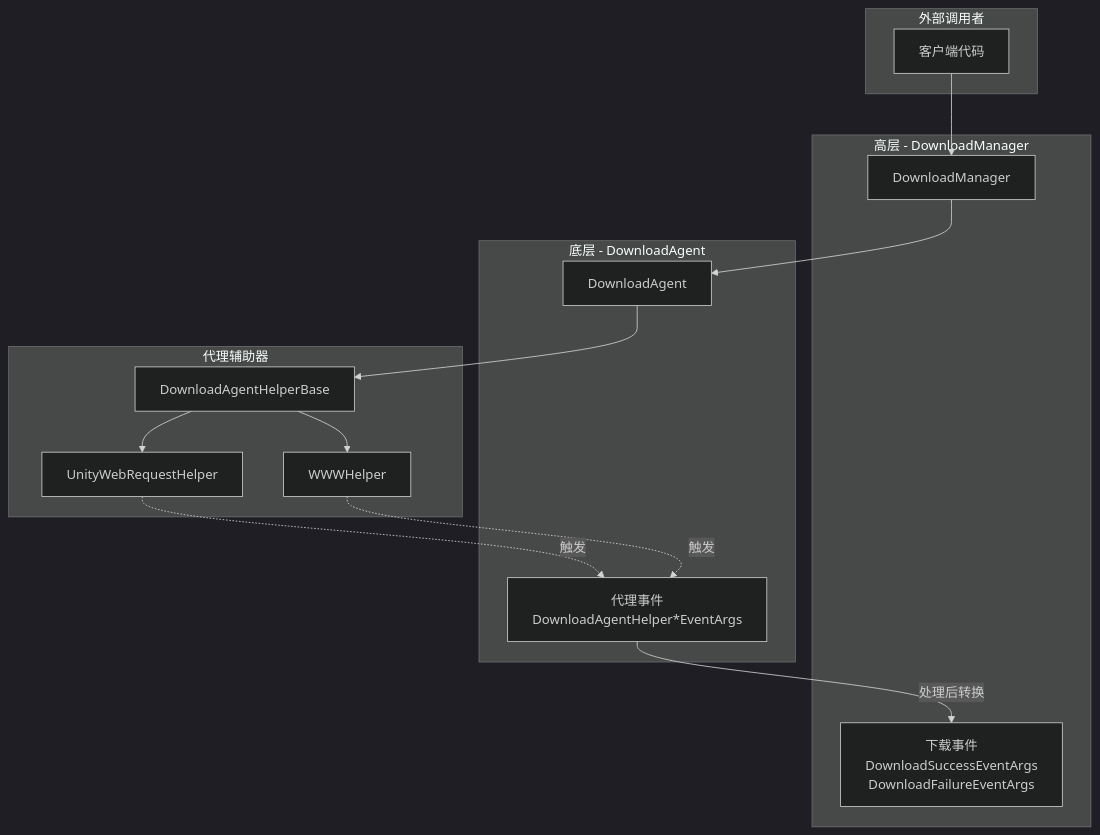
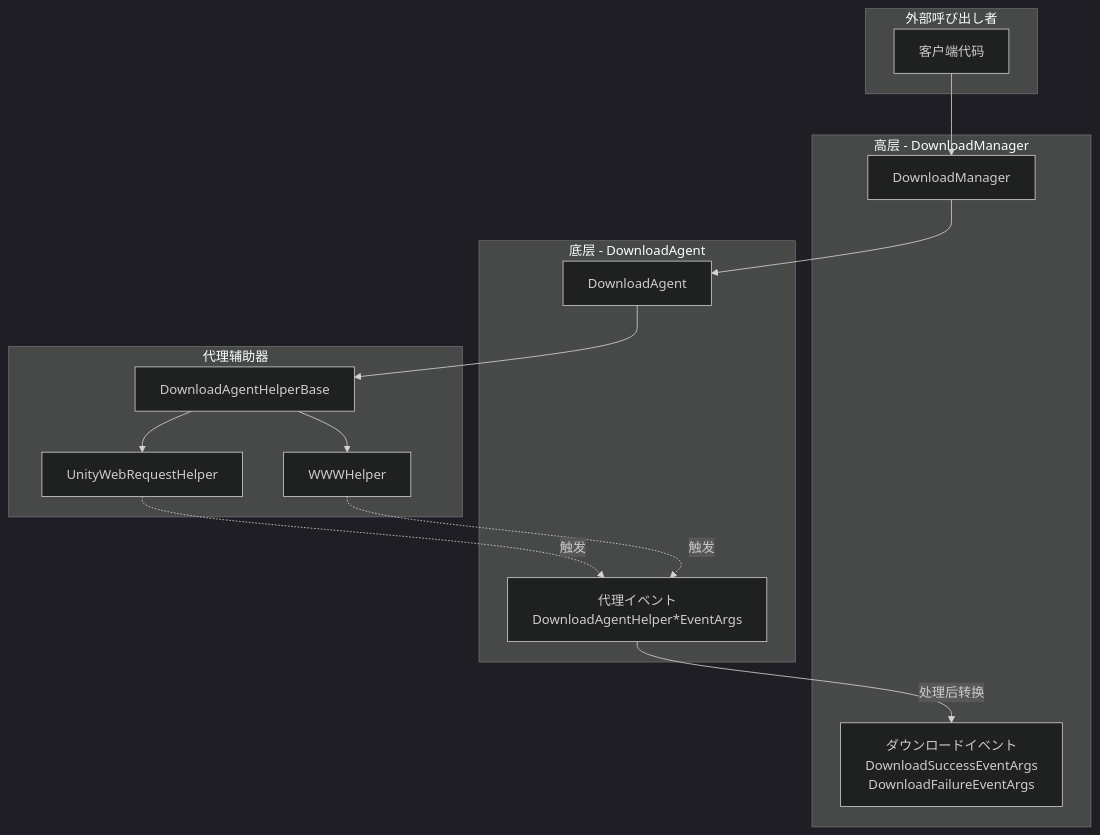
One commit to AlianBlank/GameFrameX.Docs changed the first of 3 diagrams in docs/ja/client/unity/component/download/14.agent-events.md. Above: the diagram before and after it, drawn with Mermaid (dark theme). The commit also changed other lines of this file and 603 other files, not shown here.

````diff
--- a/docs/ja/client/unity/component/download/14.agent-events.md
+++ b/docs/ja/client/unity/component/download/14.agent-events.md
@@ -25,32 +25,32 @@
 ```mermaid
 flowchart TD
-    subgraph External["外部调用者"]
+    subgraph External["外部呼び出し者"]
         Client[客户端代码]
     end
 
     subgraph HighLevel["高层 - DownloadManager"]
         DM[DownloadManager]
-        DE[下载事件<br/>DownloadSuccessEventArgs<br/>DownloadFailureEventArgs]
+        DE[ダウンロードイベント<br/>DownloadSuccessEventArgs<br/>DownloadFailureEventArgs]
     end
 
     subgraph LowLevel["底层 - DownloadAgent"]
         Agent[DownloadAgent]
-        AEA[代理事件<br/>DownloadAgentHelper*EventArgs]
+        AEA[代理イベント<br/>DownloadAgentHelper*EventArgs]
     end
 
     subgraph Helper["代理辅助器"]
         HelperBase[DownloadAgentHelperBase]
         UWR[UnityWebRequestHelper]
         WWW[WWWHelper]
     end
 
     Client --> DM
     DM --> Agent
     Agent --> HelperBase
     HelperBase --> UWR
     HelperBase --> WWW
 
     UWR -.->|触发| AEA
     WWW -.->|触发| AEA
     AEA -->|处理后转换| DE
 ```
````
